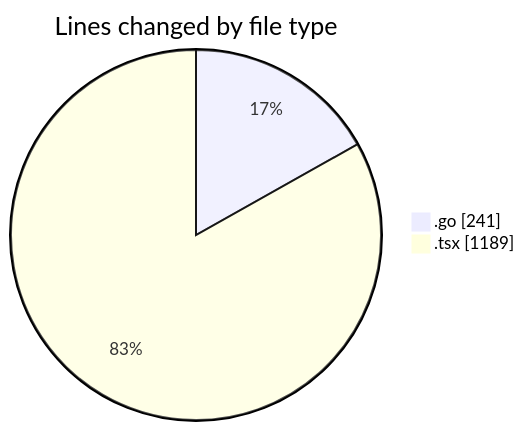
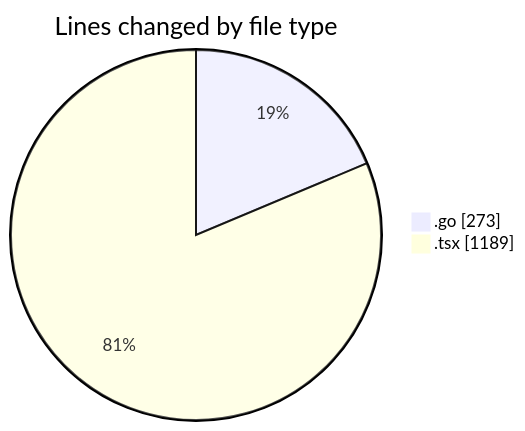
One commit to robertbonfada/code-tracking changed the first of 2 diagrams in 2025-03-05/termonied_testador/README.md. Above: the diagram before and after it, drawn with Mermaid. The commit also changed other lines of this file and 1 other file, not shown here.

````diff
--- a/2025-03-05/termonied_testador/README.md
+++ b/2025-03-05/termonied_testador/README.md
@@ -25,6 +25,6 @@
 ```mermaid
 pie showData
 title Lines changed by file type
-".go" : 241
+".go" : 273
 ".tsx" : 1189
 ```
````
